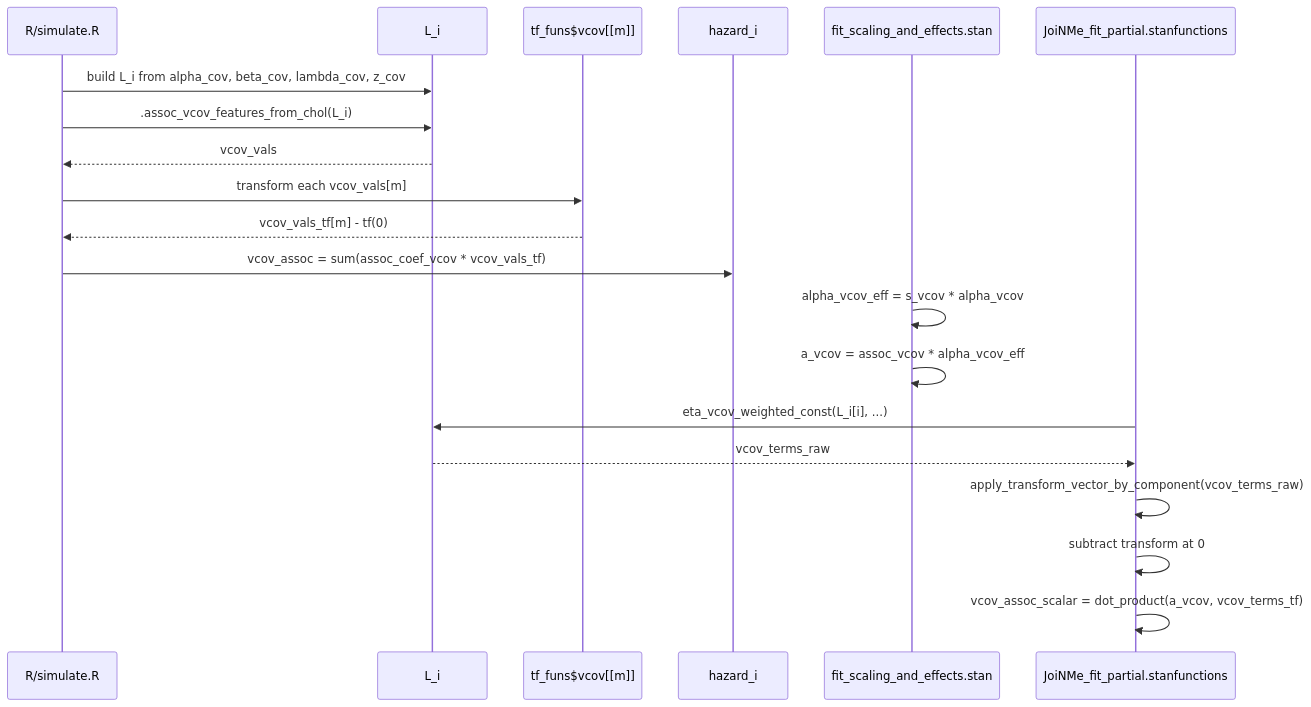
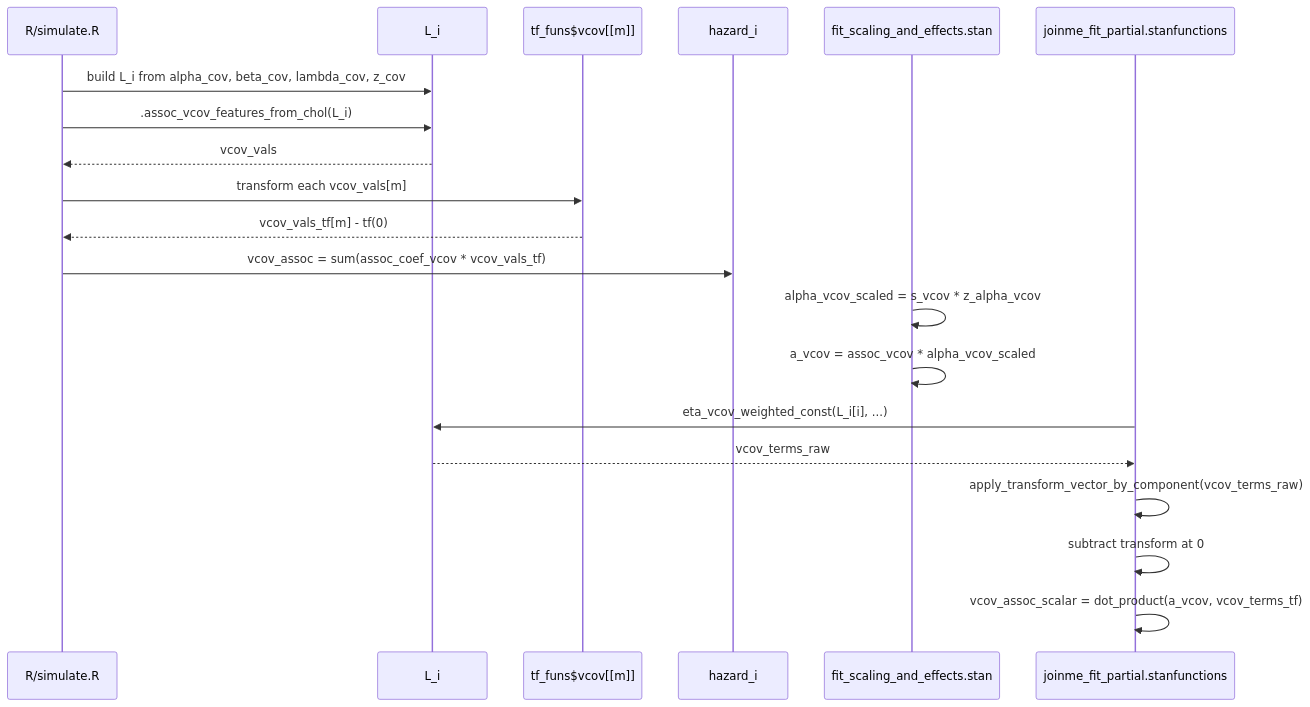
Before and after one commit to trinhdhk/joinme: the first of 2 diagrams in notes/vcov-association-algorithm.qmd, drawn with Mermaid. The commit also changed other lines of this file and 204 other files, not shown here.

````diff
--- a/notes/vcov-association-algorithm.qmd
+++ b/notes/vcov-association-algorithm.qmd
@@ -342,24 +348,24 @@
 ```{mermaid}
 sequenceDiagram
   participant Sim as R/simulate.R
   participant Chol as L_i
   participant TF as tf_funs$vcov[[m]]
   participant Haz as hazard_i
   participant StanTP as fit_scaling_and_effects.stan
-  participant StanLL as JoiNMe_fit_partial.stanfunctions
+  participant StanLL as joinme_fit_partial.stanfunctions
 
   Sim->>Chol: build L_i from alpha_cov, beta_cov, lambda_cov, z_cov
   Sim->>Chol: .assoc_vcov_features_from_chol(L_i)
   Chol-->>Sim: vcov_vals
   Sim->>TF: transform each vcov_vals[m]
   TF-->>Sim: vcov_vals_tf[m] - tf(0)
   Sim->>Haz: vcov_assoc = sum(assoc_coef_vcov * vcov_vals_tf)
 
-  StanTP->>StanTP: alpha_vcov_eff = s_vcov * alpha_vcov
-  StanTP->>StanTP: a_vcov = assoc_vcov * alpha_vcov_eff
+  StanTP->>StanTP: alpha_vcov_scaled = s_vcov * z_alpha_vcov
+  StanTP->>StanTP: a_vcov = assoc_vcov * alpha_vcov_scaled
   StanLL->>Chol: eta_vcov_weighted_const(L_i[i], ...)
   Chol-->>StanLL: vcov_terms_raw
   StanLL->>StanLL: apply_transform_vector_by_component(vcov_terms_raw)
   StanLL->>StanLL: subtract transform at 0
   StanLL->>StanLL: vcov_assoc_scalar = dot_product(a_vcov, vcov_terms_tf)
 ```
````
